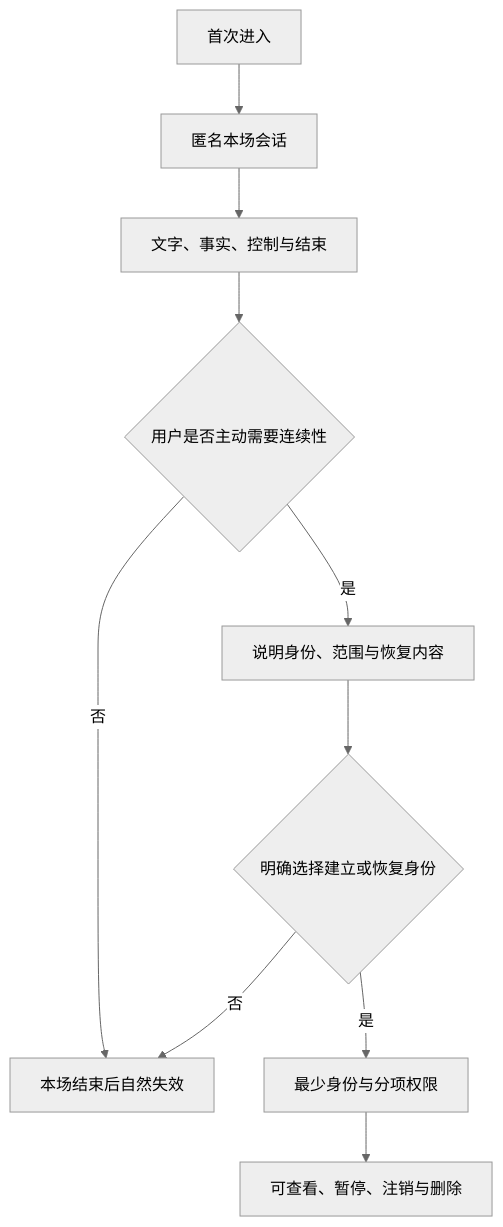
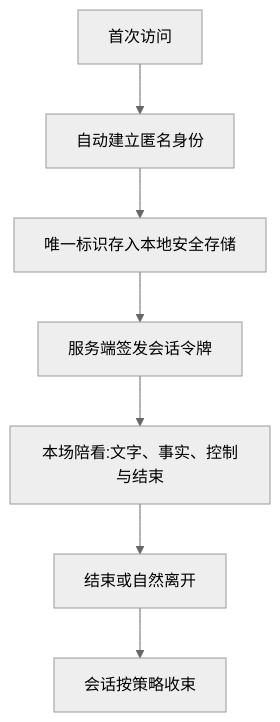
The first of 3 diagrams in docs/球球全套资料/4.产品设计/37-匿名身份、权限与会话设计.md (weiz98417-crypto/qiuqiu), drawn with Mermaid (neutral theme) before and after one commit. The commit also changed other lines of this file and 49 other files, not shown here.

````diff
--- a/docs/球球全套资料/4.产品设计/37-匿名身份、权限与会话设计.md
+++ b/docs/球球全套资料/4.产品设计/37-匿名身份、权限与会话设计.md
@@ -124,12 +87,9 @@
 ```mermaid
 flowchart TD
-    A[首次进入] --> B[匿名本场会话]
-    B --> C[文字、事实、控制与结束]
-    C --> D{用户是否主动需要连续性}
-    D -->|否| E[本场结束后自然失效]
-    D -->|是| F[说明身份、范围与恢复内容]
-    F --> G{明确选择建立或恢复身份}
-    G -->|否| E
-    G -->|是| H[最少身份与分项权限]
-    H --> I[可查看、暂停、注销与删除]
+    A[首次访问] --> B[自动建立匿名身份]
+    B --> C[唯一标识存入本地安全存储]
+    C --> D[服务端签发会话令牌]
+    D --> E[本场陪看:文字、事实、控制与结束]
+    E --> F[结束或自然离开]
+    F --> G[会话按策略收束]
 ```
````
